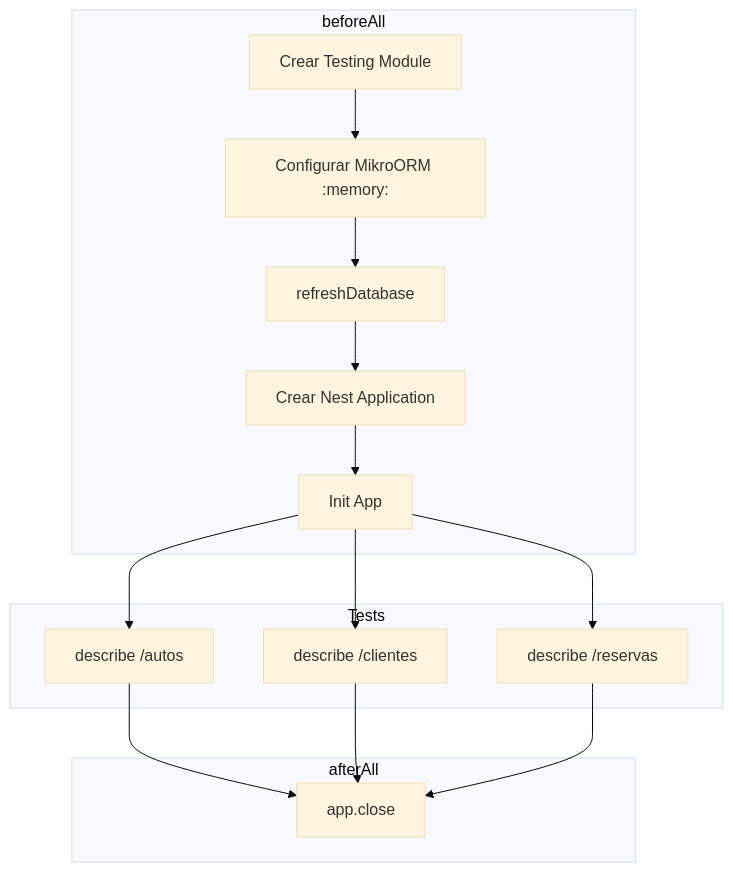
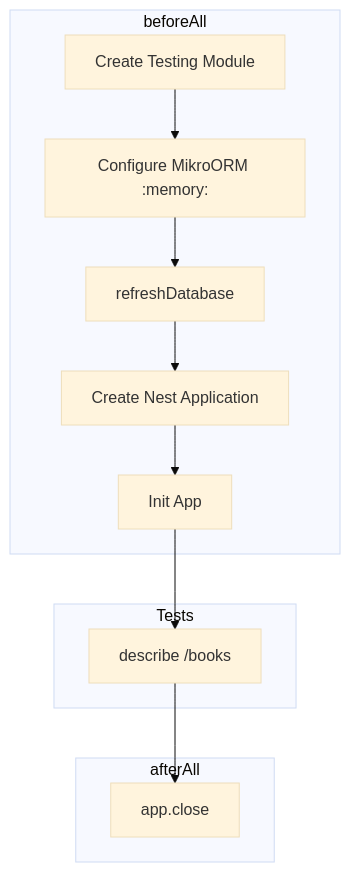
The second of 2 diagrams in docs/07_TESTING.md (Agustin-Perezz/scaffold-nestjs), drawn with Mermaid (base theme) before and after one commit. The commit also changed other lines of this file and 14 other files, not shown here.

````diff
--- a/docs/07_TESTING.md
+++ b/docs/07_TESTING.md
@@ -59,28 +55,22 @@
 ```mermaid
 graph TD
     subgraph beforeAll
-        A1[Crear Testing Module]
-        A2[Configurar MikroORM :memory:]
+        A1[Create Testing Module]
+        A2[Configure MikroORM :memory:]
         A3[refreshDatabase]
-        A4[Crear Nest Application]
+        A4[Create Nest Application]
         A5[Init App]
     end
 
     subgraph Tests
-        B1[describe /autos]
-        B2[describe /clientes]
-        B3[describe /reservas]
+        B1[describe /books]
     end
 
     subgraph afterAll
         C1[app.close]
     end
 
     A1 --> A2 --> A3 --> A4 --> A5
     A5 --> B1
-    A5 --> B2
-    A5 --> B3
     B1 --> C1
-    B2 --> C1
-    B3 --> C1
 ```
````
